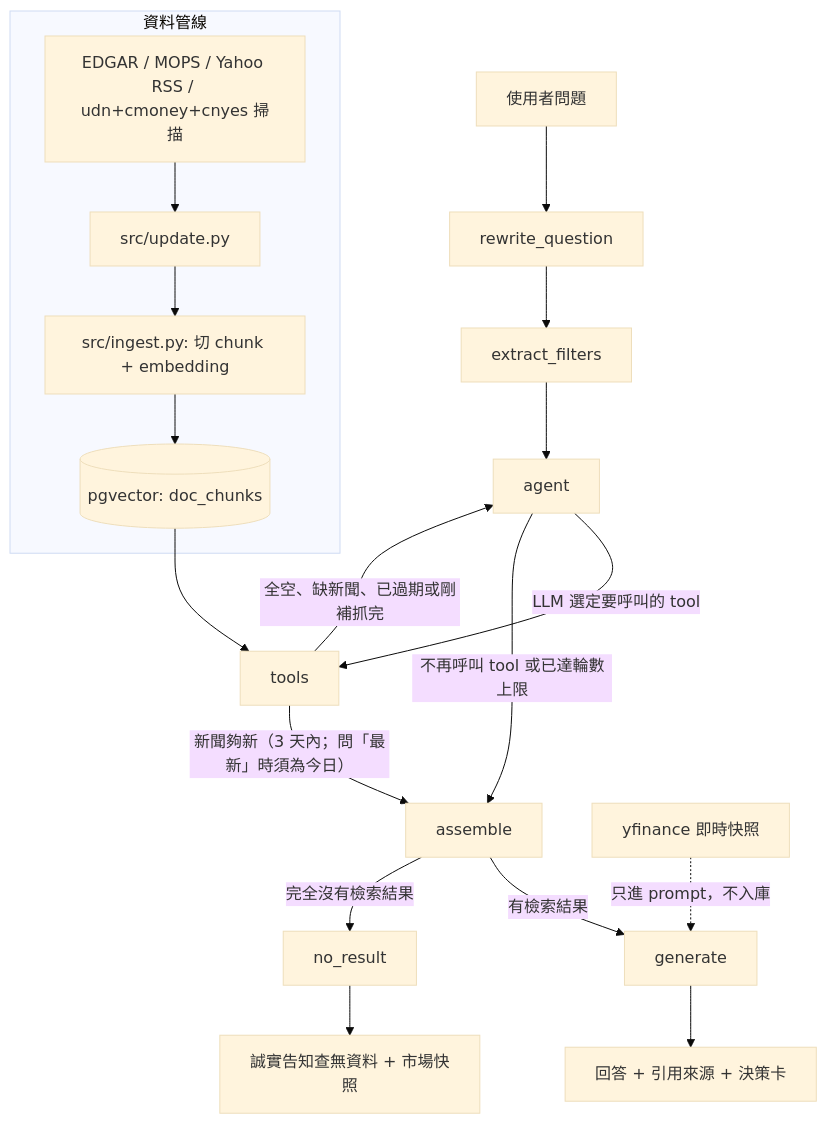
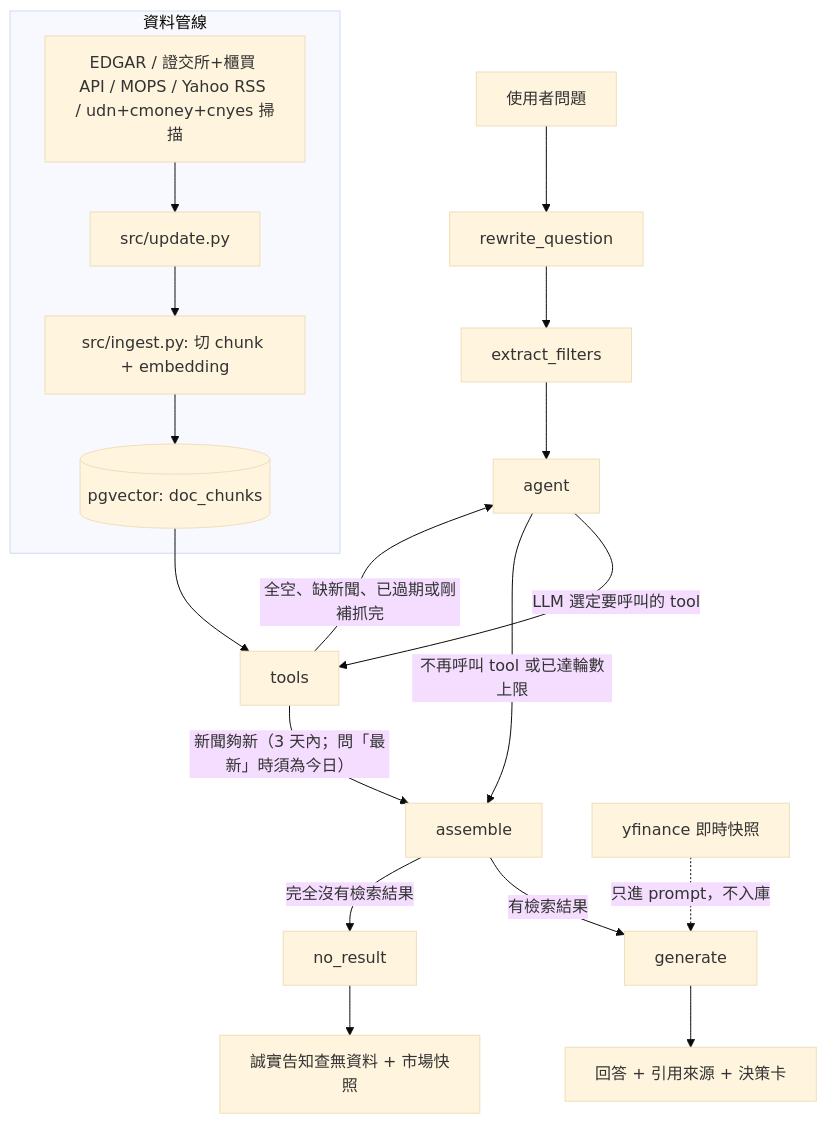
The second of 2 diagrams in README.md (thelilywang/finance-ai-assistant), drawn with Mermaid (base theme) before and after one commit. The commit also changed other lines of this file and 7 other files, not shown here.

First line of the commit message:
feat(update): fetch TW filings from official API alongside MOPS

````diff
--- a/README.md
+++ b/README.md
@@ -173,22 +173,22 @@
 ```mermaid
 flowchart TD
     U[使用者問題] --> RW[rewrite_question]
     RW --> EF[extract_filters]
     EF --> AG[agent]
     AG -->|LLM 選定要呼叫的 tool| TL[tools]
     AG -->|不再呼叫 tool 或已達輪數上限| AS[assemble]
     TL -->|"新聞夠新（3 天內；問「最新」時須為今日）"| AS
     TL -->|"全空、缺新聞、已過期或剛補抓完"| AG
     AS -->|有檢索結果| GEN[generate]
     AS -->|完全沒有檢索結果| NR[no_result]
     GEN --> A[回答 + 引用來源 + 決策卡]
     NR --> B[誠實告知查無資料 + 市場快照]
 
     subgraph 資料管線
-        SRC[EDGAR / MOPS / Yahoo RSS / udn+cmoney+cnyes 掃描] --> UP[src/update.py]
+        SRC[EDGAR / 證交所+櫃買 API / MOPS / Yahoo RSS / udn+cmoney+cnyes 掃描] --> UP[src/update.py]
         UP --> ING[src/ingest.py: 切 chunk + embedding]
         ING --> PG[(pgvector: doc_chunks)]
     end
     PG --> TL
     YF[yfinance 即時快照] -.只進 prompt，不入庫.-> GEN
 ```
````
